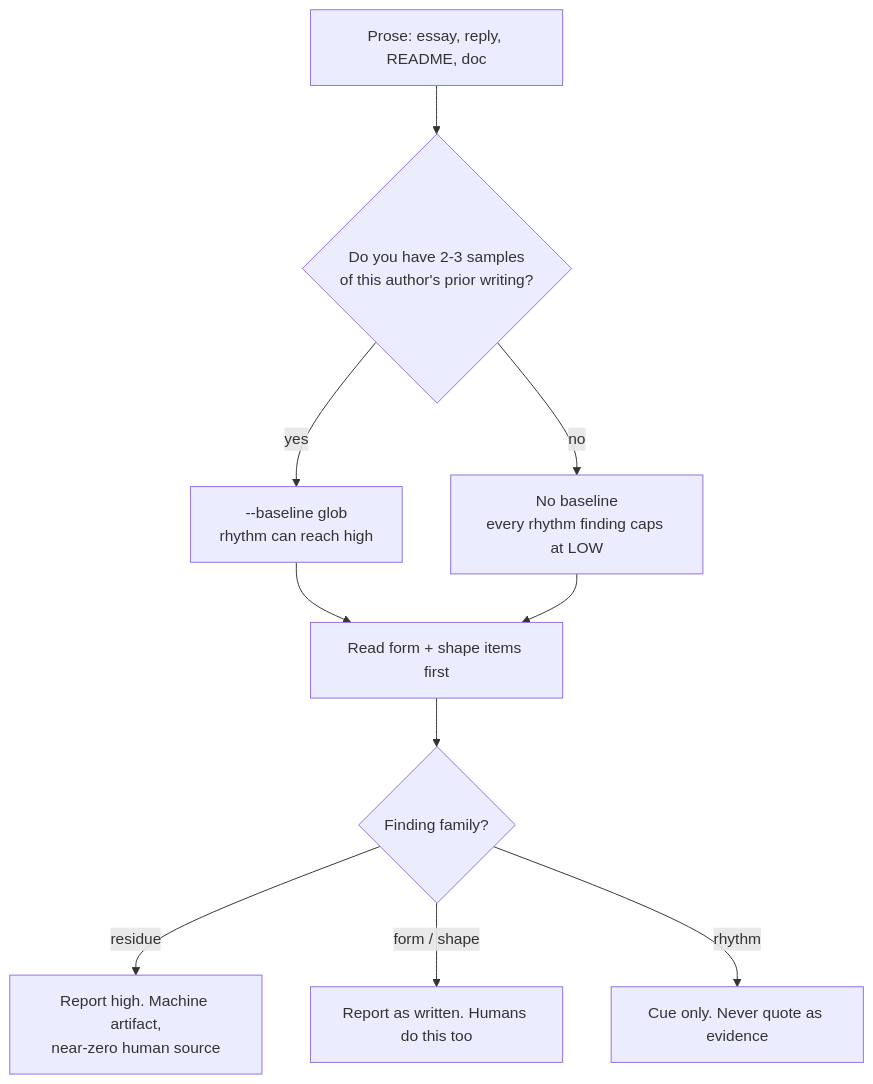
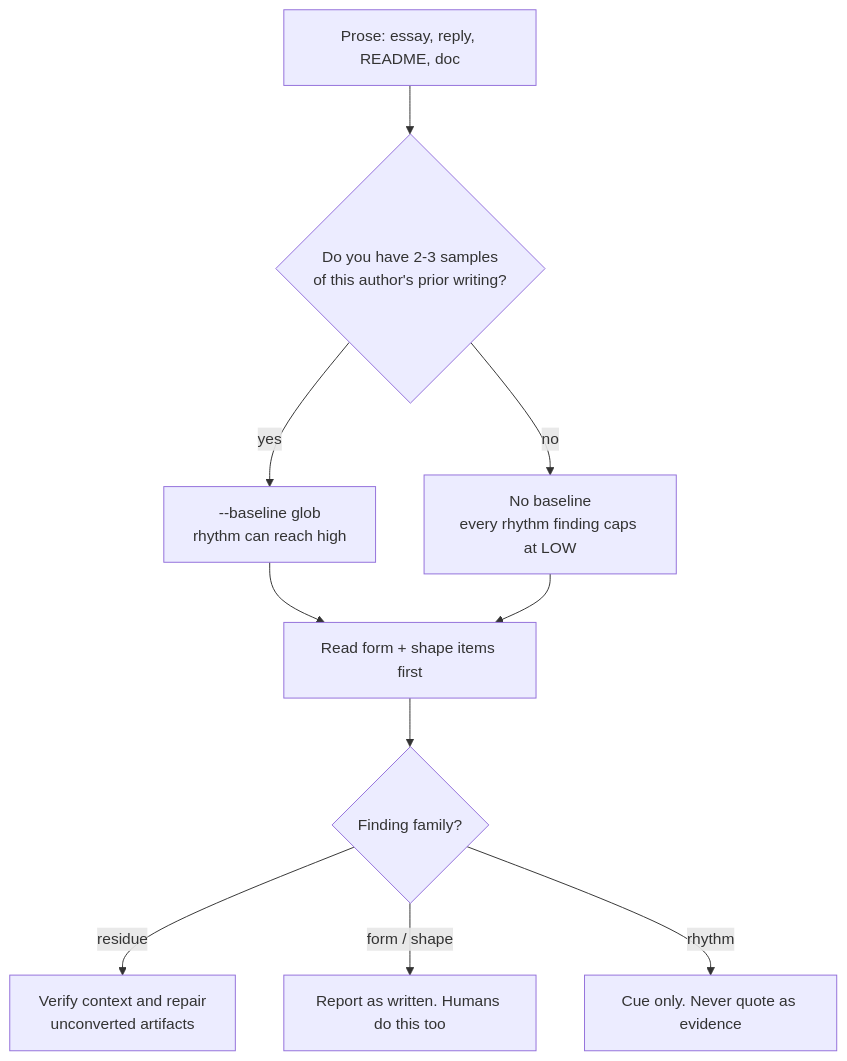
One commit to curiositech/port-daddy changed the diagram in skills/make_copy_and_media_human/references/claudeisms.md. Above: the diagram before and after it, drawn with Mermaid. The commit also changed other lines of this file and 28 other files, not shown here.

````diff
--- a/skills/make_copy_and_media_human/references/claudeisms.md
+++ b/skills/make_copy_and_media_human/references/claudeisms.md
@@ -15,12 +15,12 @@
 ```mermaid
 flowchart TD
     A["Prose: essay, reply, README, doc"] --> B{"Do you have 2-3 samples<br/>of this author's prior writing?"}
     B -->|yes| C["--baseline glob<br/>rhythm can reach high"]
     B -->|no| D["No baseline<br/>every rhythm finding caps at LOW"]
     C --> E["Read form + shape items first"]
     D --> E
     E --> F{"Finding family?"}
-    F -->|residue| G["Report high. Machine artifact,<br/>near-zero human source"]
+    F -->|residue| G["Verify context and repair<br/>unconverted artifacts"]
     F -->|form / shape| H["Report as written. Humans do this too"]
     F -->|rhythm| I["Cue only. Never quote as evidence"]
 ```
````
